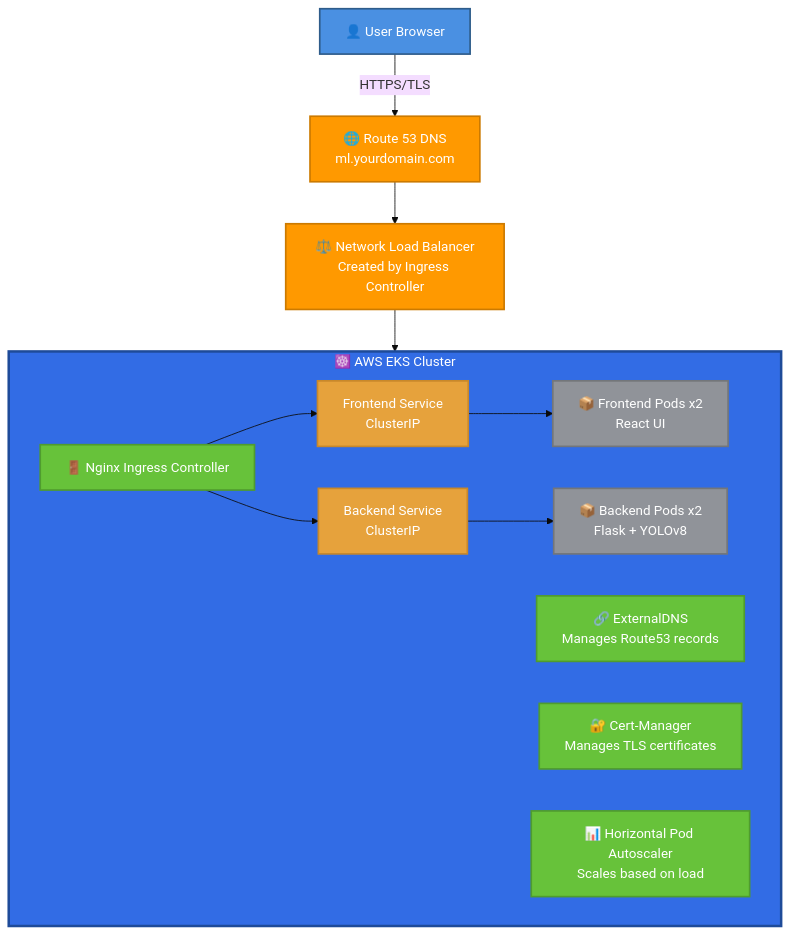
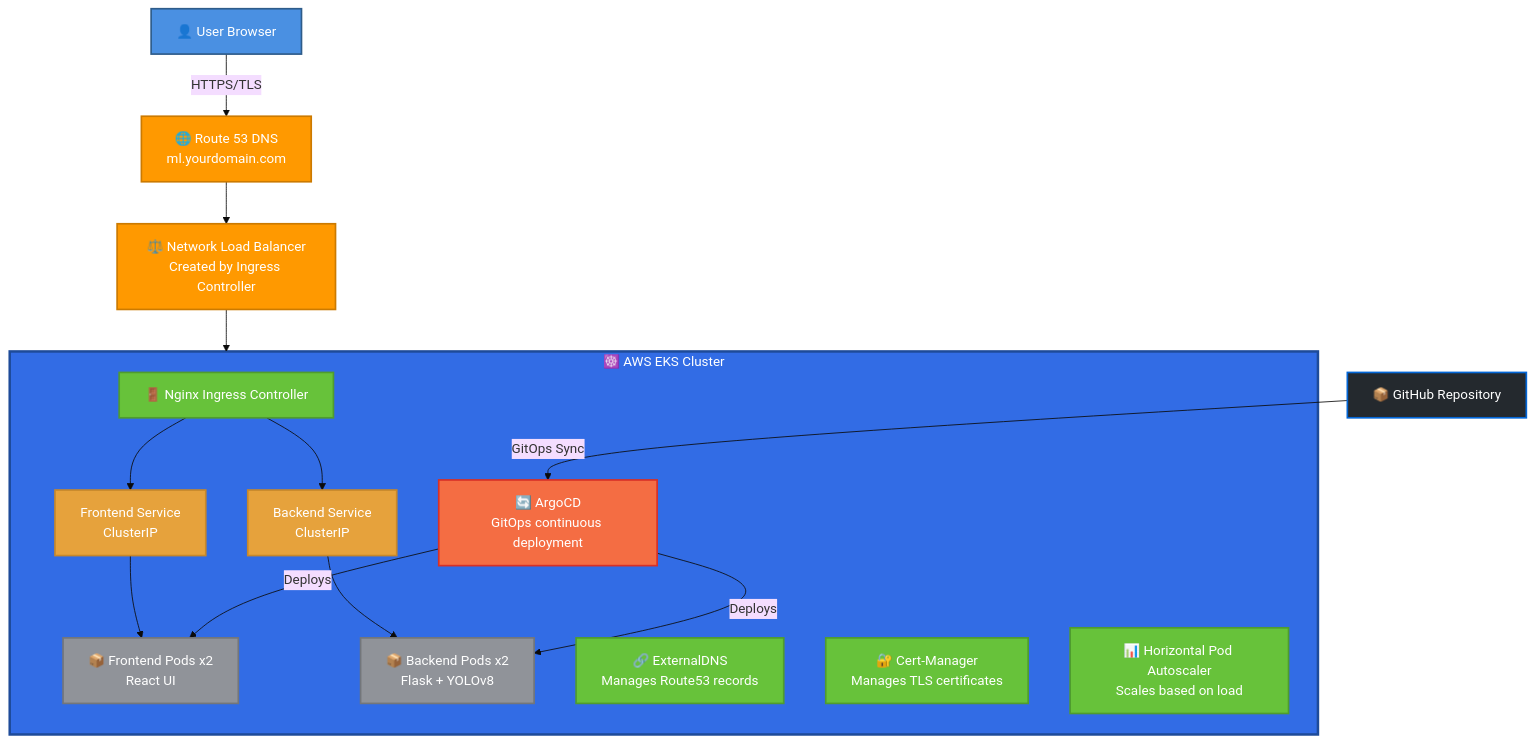
Before and after one commit to hydramod/EKS-MLOps-YoloV8: the diagram in README.md, drawn with Mermaid (base theme). The commit also changed other lines of this file and 5 other files, not shown here.

````diff
--- a/README.md
+++ b/README.md
@@ -17,37 +18,44 @@
 ```mermaid
 graph TB
     User[👤 User Browser]
     
     User -->|HTTPS/TLS| Route53[🌐 Route 53 DNS<br/>ml.yourdomain.com]
     
     Route53 --> NLB[⚖️ Network Load Balancer<br/>Created by Ingress Controller]
     
     NLB --> EKS[AWS EKS Cluster]
     
     subgraph EKS["☸️ AWS EKS Cluster"]
         Ingress[🚪 Nginx Ingress Controller]
         
         Ingress --> FrontendSvc[Frontend Service<br/>ClusterIP]
         Ingress --> BackendSvc[Backend Service<br/>ClusterIP]
         
         FrontendSvc --> FrontendPods[📦 Frontend Pods x2<br/>React UI]
         BackendSvc --> BackendPods[📦 Backend Pods x2<br/>Flask + YOLOv8]
         
         ExternalDNS[🔗 ExternalDNS<br/>Manages Route53 records]
         CertManager[🔐 Cert-Manager<br/>Manages TLS certificates]
+        ArgoCD[🔄 ArgoCD<br/>GitOps continuous deployment]
         HPA[📊 Horizontal Pod Autoscaler<br/>Scales based on load]
     end
-    
+
+    Git[📦 GitHub Repository] -->|GitOps Sync| ArgoCD
+    ArgoCD -->|Deploys| FrontendPods
+    ArgoCD -->|Deploys| BackendPods
+
     style User fill:#4A90E2,stroke:#2E5C8A,stroke-width:2px,color:#fff
     style Route53 fill:#FF9900,stroke:#CC7A00,stroke-width:2px,color:#fff
     style NLB fill:#FF9900,stroke:#CC7A00,stroke-width:2px,color:#fff
     style EKS fill:#326CE5,stroke:#1E4B99,stroke-width:3px,color:#fff
     style Ingress fill:#67C23A,stroke:#4F9C2E,stroke-width:2px,color:#fff
     style FrontendSvc fill:#E6A23C,stroke:#C8882A,stroke-width:2px,color:#fff
     style BackendSvc fill:#E6A23C,stroke:#C8882A,stroke-width:2px,color:#fff
     style FrontendPods fill:#909399,stroke:#73767A,stroke-width:2px,color:#fff
     style BackendPods fill:#909399,stroke:#73767A,stroke-width:2px,color:#fff
     style ExternalDNS fill:#67C23A,stroke:#4F9C2E,stroke-width:2px,color:#fff
     style CertManager fill:#67C23A,stroke:#4F9C2E,stroke-width:2px,color:#fff
+    style ArgoCD fill:#F46D43,stroke:#D73027,stroke-width:2px,color:#fff
     style HPA fill:#67C23A,stroke:#4F9C2E,stroke-width:2px,color:#fff
+    style Git fill:#24292E,stroke:#0366D6,stroke-width:2px,color:#fff
 ```
````
